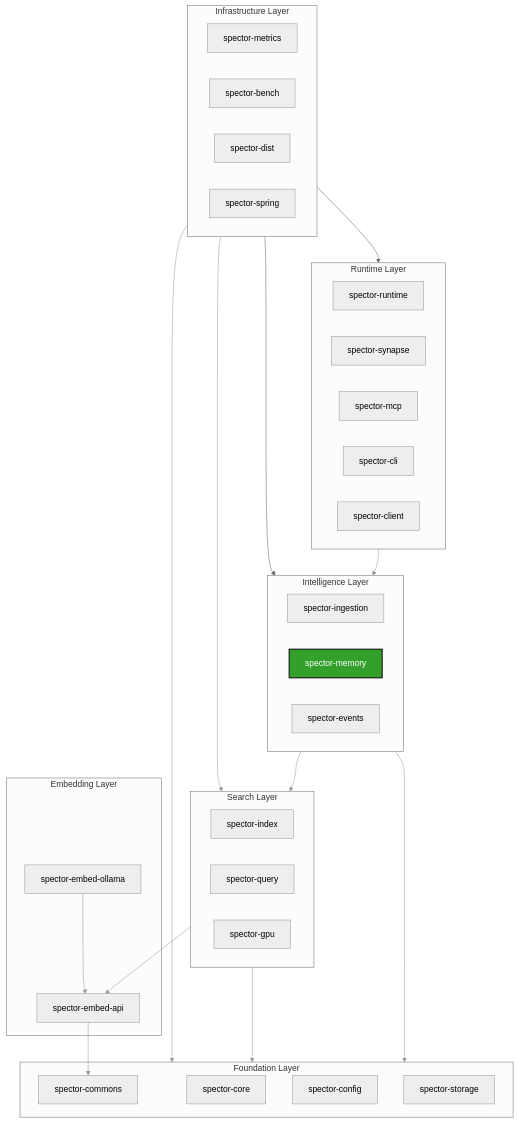
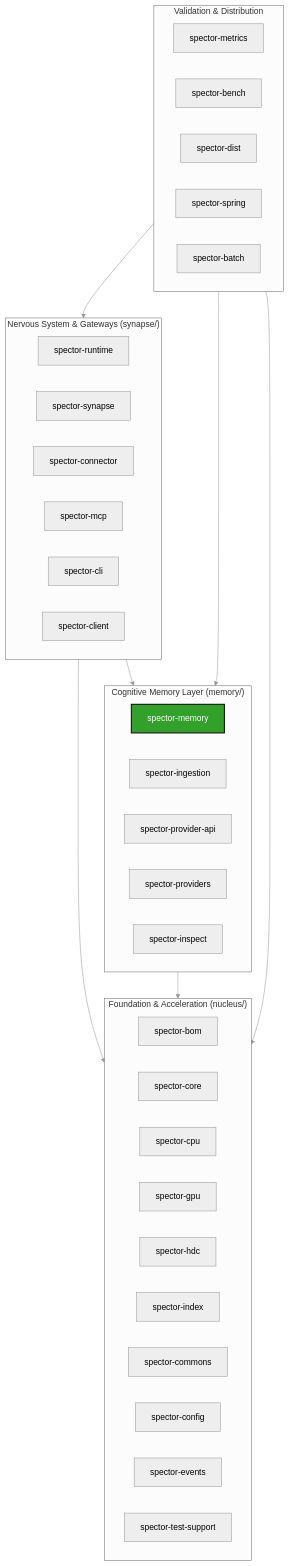
Before and after one commit to spectrayan/spector: the diagram in PROJECT_CONTEXT.md, drawn with Mermaid (neutral theme). The commit also changed other lines of this file and 43 other files, not shown here.

First line of the commit message:
docs(architecture): update diagrams, module maps, and guides post storage/query decommissioning (#653)

````diff
--- a/PROJECT_CONTEXT.md
+++ b/PROJECT_CONTEXT.md
@@ -50,58 +50,52 @@
 ```mermaid
 graph TD
-    subgraph infrastructure ["Infrastructure Layer"]
+    subgraph infrastructure ["Validation & Distribution"]
         metrics[spector-metrics]
         bench[spector-bench]
         dist[spector-dist]
         spring[spector-spring]
+        batch[spector-batch]
     end
 
-    subgraph run_layer ["Runtime Layer"]
+    subgraph run_layer ["Nervous System & Gateways (synapse/)"]
         runtime[spector-runtime]
         synapse[spector-synapse]
+        connector[spector-connector]
         mcp[spector-mcp]
         cli[spector-cli]
         client[spector-client]
     end
 
-    subgraph intelligence ["Intelligence Layer"]
+    subgraph intelligence ["Cognitive Memory Layer (memory/)"]
+        memory[spector-memory]
         ingestion[spector-ingestion]
-        memory[spector-memory]
-        events[spector-events]
+        provider_api[spector-provider-api]
+        providers[spector-providers]
+        inspect[spector-inspect]
     end
 
-    subgraph search ["Search Layer"]
+    subgraph foundation ["Foundation & Acceleration (nucleus/)"]
+        bom[spector-bom]
+        core[spector-core]
+        cpu[spector-cpu]
+        gpu[spector-gpu]
+        hdc[spector-hdc]
         index[spector-index]
-        query[spector-query]
-        gpu[spector-gpu]
-    end
-
-    subgraph embedding ["Embedding Layer"]
-        embed_api[spector-embed-api]
-        embed_ollama[spector-embed-ollama]
-    end
-
-    subgraph foundation ["Foundation Layer"]
-        core[spector-core]
         commons[spector-commons]
         config[spector-config]
-        storage[spector-storage]
+        events[spector-events]
+        testsupport[spector-test-support]
     end
 
     %% Dependency mappings
     run_layer --> intelligence
-    intelligence --> search
+    run_layer --> foundation
     intelligence --> foundation
-    search --> foundation
-    search --> embed_api
-    embed_api --> commons
-    embed_ollama --> embed_api
-    infrastructure --> foundation
-    infrastructure --> search
     infrastructure --> intelligence
     infrastructure --> run_layer
+    infrastructure --> foundation
 
     %% Boundary rules
     style memory fill:#33a02c,stroke:#111,stroke-width:2px,color:#fff
-    linkStyle 0,1,2,3,4,5,6,7,8 stroke:#999,stroke-width:1px;
+    linkStyle 0,1,2,3,4,5 stroke:#999,stroke-width:1px;
 ```
````
